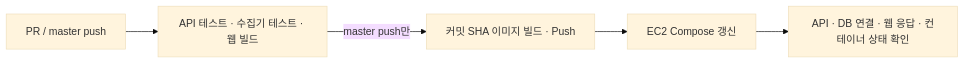
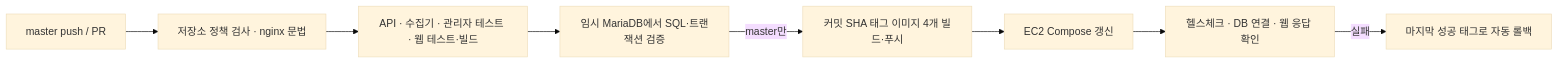
One commit to hyunyoul1004/toady changed the second of 2 diagrams in README.md. Above: the diagram before and after it, drawn with Mermaid (base theme). The commit also changed other lines of this file and 4 other files, not shown here.

````diff
--- a/README.md
+++ b/README.md
@@ -107,7 +127,10 @@
 ```mermaid
 flowchart LR
-    Change[PR / master push] --> Verify[API 테스트 · 수집기 테스트 · 웹 빌드]
-    Verify -->|master push만| Images[커밋 SHA 이미지 빌드 · Push]
-    Images --> Deploy[EC2 Compose 갱신]
-    Deploy --> Check[API · DB 연결 · 웹 응답 · 컨테이너 상태 확인]
+    Push[master push / PR] --> Check[저장소 정책 검사 · nginx 문법]
+    Check --> Test[API · 수집기 · 관리자 테스트 · 웹 테스트·빌드]
+    Test --> Maria[임시 MariaDB에서 SQL·트랜잭션 검증]
+    Maria -->|master만| Image[커밋 SHA 태그 이미지 4개 빌드·푸시]
+    Image --> Deploy[EC2 Compose 갱신]
+    Deploy --> Verify[헬스체크 · DB 연결 · 웹 응답 확인]
+    Verify -->|실패| Rollback[마지막 성공 태그로 자동 롤백]
 ```
````
